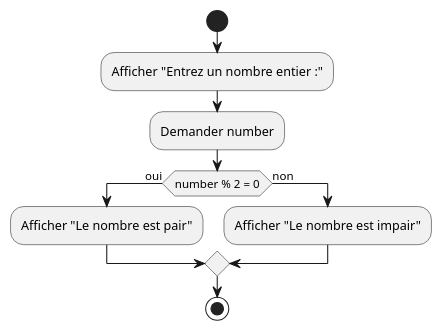
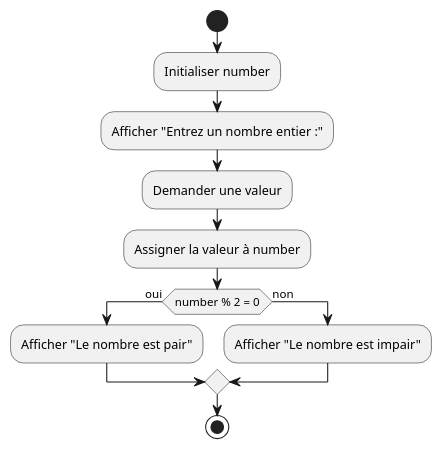
Before and after one commit to HEIG-VD-Prog-Course/HEIG-VD-ProgIM-Course: the second of 10 diagrams in 02.01-sequence-selection-iteration/02-exercices/README.md, drawn with PlantUML. The commit also changed other lines of this file, not shown here.

````diff
--- a/02.01-sequence-selection-iteration/02-exercices/README.md
+++ b/02.01-sequence-selection-iteration/02-exercices/README.md
@@ -221,13 +243,15 @@
 ```plantuml
 @startuml
 start
+:Initialiser number;
 :Afficher "Entrez un nombre entier :";
-:Demander number;
+:Demander une valeur;
+:Assigner la valeur à number;
 if (number % 2 = 0) then (oui)
     :Afficher "Le nombre est pair";
 else (non)
     :Afficher "Le nombre est impair";
 endif
 stop
 @enduml
 ```
````
